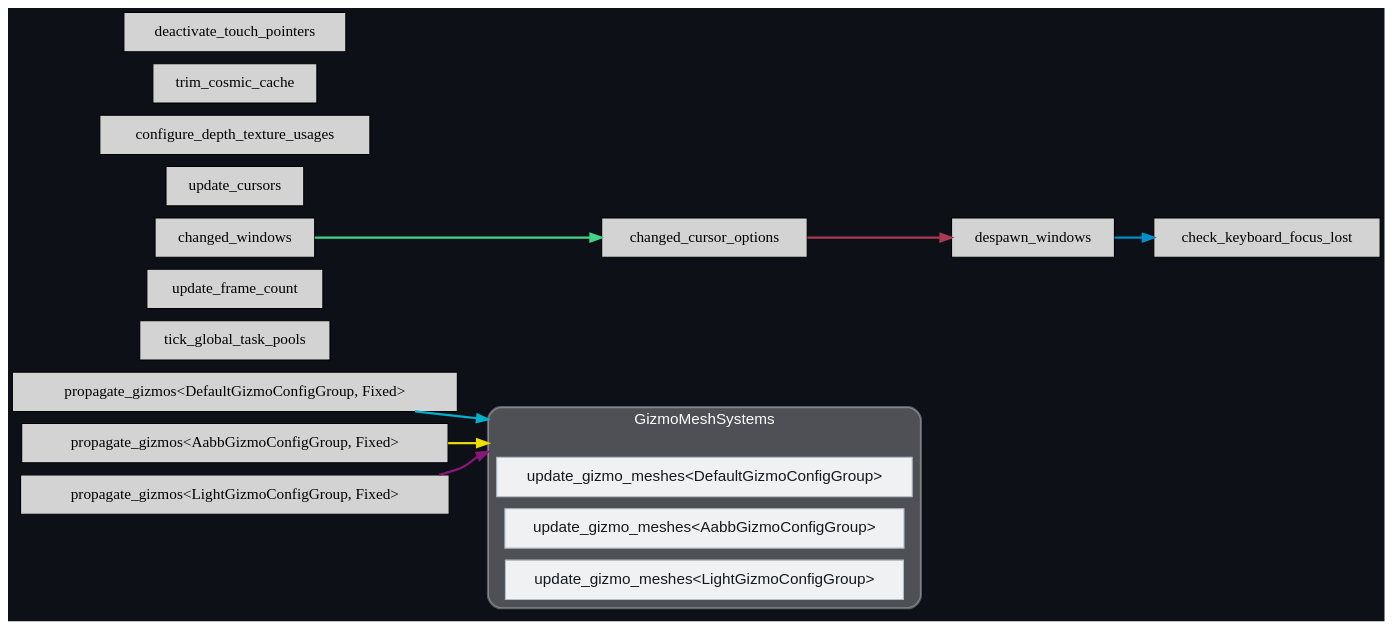
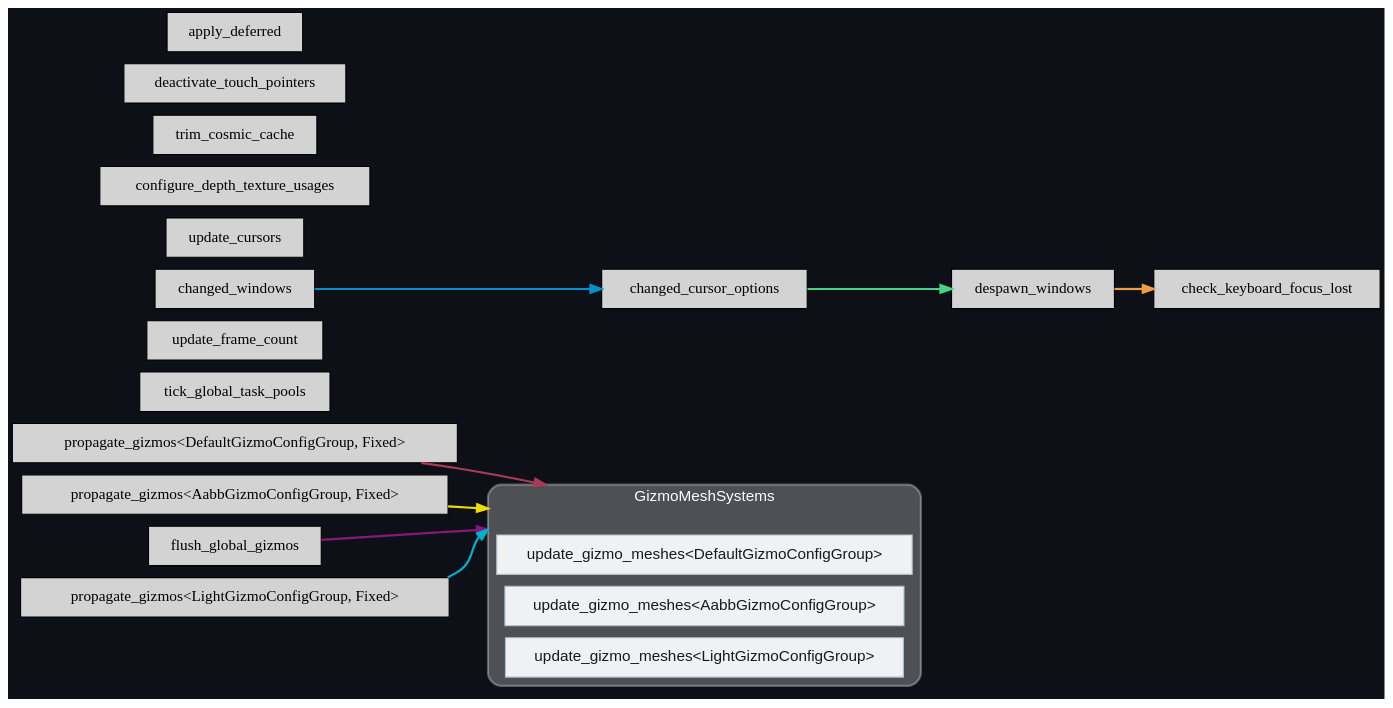
The diagram in docs/schedule/dark/schedule_Last.dot (jakobhellermann/bevy_mod_debugdump), drawn with Graphviz before and after one commit. The commit also changed 61 other files, not shown here.

```diff
--- a/docs/schedule/dark/schedule_Last.dot
+++ b/docs/schedule/dark/schedule_Last.dot
@@ -1,43 +1,46 @@
 digraph "" {
 	"compound"="true";
 	"splines"="spline";
 	"rankdir"="LR";
 	"bgcolor"="#0d1117";
 	"fontname"="Helvetica";
 	"nodesep"="0.15";
 	edge ["penwidth"="2"];
 	node ["shape"="box", "style"="filled"];
 	subgraph "clusternode_Set(SystemSetKey(12v1))" {
 		"style"="rounded,filled";
 		"label"="GizmoMeshSystems";
 		"tooltip"="GizmoMeshSystems";
 		"fillcolor"="#ffffff44";
 		"fontcolor"="#ffffff";
 		"color"="#ffffff50";
 		"penwidth"="2";
 		"set_marker_node_Set(SystemSetKey(12v1))" ["style"="invis", "label"="", "shape"="point"]
 		"node_System(SystemKey(11v1))" ["label"="update_gizmo_meshes<DefaultGizmoConfigGroup>", "tooltip"="bevy_gizmos::update_gizmo_meshes<bevy_gizmos::config::DefaultGizmoConfigGroup>", "fillcolor"="#eff1f3", "fontname"="Helvetica", "fontcolor"="#15191d", "color"="#b4bec7", "penwidth"="1"]
 		"node_System(SystemKey(13v1))" ["label"="update_gizmo_meshes<AabbGizmoConfigGroup>", "tooltip"="bevy_gizmos::update_gizmo_meshes<bevy_gizmos::aabb::AabbGizmoConfigGroup>", "fillcolor"="#eff1f3", "fontname"="Helvetica", "fontcolor"="#15191d", "color"="#b4bec7", "penwidth"="1"]
-		"node_System(SystemKey(15v1))" ["label"="update_gizmo_meshes<LightGizmoConfigGroup>", "tooltip"="bevy_gizmos::update_gizmo_meshes<bevy_gizmos::light::LightGizmoConfigGroup>", "fillcolor"="#eff1f3", "fontname"="Helvetica", "fontcolor"="#15191d", "color"="#b4bec7", "penwidth"="1"]
+		"node_System(SystemKey(16v1))" ["label"="update_gizmo_meshes<LightGizmoConfigGroup>", "tooltip"="bevy_gizmos::update_gizmo_meshes<bevy_gizmos::light::LightGizmoConfigGroup>", "fillcolor"="#eff1f3", "fontname"="Helvetica", "fontcolor"="#15191d", "color"="#b4bec7", "penwidth"="1"]
 	}
 	
 	"node_System(SystemKey(1v1))" ["label"="tick_global_task_pools", "tooltip"="bevy_app::task_pool_plugin::tick_global_task_pools"]
 	"node_System(SystemKey(2v1))" ["label"="update_frame_count", "tooltip"="bevy_diagnostic::frame_count_diagnostics_plugin::update_frame_count"]
 	"node_System(SystemKey(3v1))" ["label"="changed_windows", "tooltip"="bevy_winit::system::changed_windows"]
 	"node_System(SystemKey(4v1))" ["label"="changed_cursor_options", "tooltip"="bevy_winit::system::changed_cursor_options"]
 	"node_System(SystemKey(5v1))" ["label"="despawn_windows", "tooltip"="bevy_winit::system::despawn_windows"]
 	"node_System(SystemKey(6v1))" ["label"="check_keyboard_focus_lost", "tooltip"="bevy_winit::system::check_keyboard_focus_lost"]
 	"node_System(SystemKey(7v1))" ["label"="update_cursors", "tooltip"="bevy_winit::cursor::update_cursors"]
 	"node_System(SystemKey(8v1))" ["label"="configure_depth_texture_usages", "tooltip"="bevy_core_pipeline::oit::configure_depth_texture_usages"]
 	"node_System(SystemKey(9v1))" ["label"="trim_cosmic_cache", "tooltip"="bevy_text::pipeline::trim_cosmic_cache"]
 	"node_System(SystemKey(10v1))" ["label"="propagate_gizmos<DefaultGizmoConfigGroup, Fixed>", "tooltip"="bevy_gizmos::propagate_gizmos<bevy_gizmos::config::DefaultGizmoConfigGroup, bevy_time::fixed::Fixed>"]
 	"node_System(SystemKey(12v1))" ["label"="propagate_gizmos<AabbGizmoConfigGroup, Fixed>", "tooltip"="bevy_gizmos::propagate_gizmos<bevy_gizmos::aabb::AabbGizmoConfigGroup, bevy_time::fixed::Fixed>"]
-	"node_System(SystemKey(14v1))" ["label"="propagate_gizmos<LightGizmoConfigGroup, Fixed>", "tooltip"="bevy_gizmos::propagate_gizmos<bevy_gizmos::light::LightGizmoConfigGroup, bevy_time::fixed::Fixed>"]
-	"node_System(SystemKey(16v1))" ["label"="deactivate_touch_pointers", "tooltip"="bevy_picking::input::deactivate_touch_pointers"]
+	"node_System(SystemKey(14v1))" ["label"="flush_global_gizmos", "tooltip"="bevy_gizmos::global::flush_global_gizmos"]
+	"node_System(SystemKey(15v1))" ["label"="propagate_gizmos<LightGizmoConfigGroup, Fixed>", "tooltip"="bevy_gizmos::propagate_gizmos<bevy_gizmos::light::LightGizmoConfigGroup, bevy_time::fixed::Fixed>"]
+	"node_System(SystemKey(17v1))" ["label"="deactivate_touch_pointers", "tooltip"="bevy_picking::input::deactivate_touch_pointers"]
+	"node_System(SystemKey(18v1))" ["label"="apply_deferred", "tooltip"="bevy_ecs::apply_deferred"]
 	"node_System(SystemKey(12v1))" -> "set_marker_node_Set(SystemSetKey(12v1))" ["lhead"="clusternode_Set(SystemSetKey(12v1))", "ltail"="", "tooltip"="propagate_gizmos<AabbGizmoConfigGroup, Fixed> → GizmoMeshSystems", "color"="#eede00"]
-	"node_System(SystemKey(14v1))" -> "set_marker_node_Set(SystemSetKey(12v1))" ["lhead"="clusternode_Set(SystemSetKey(12v1))", "ltail"="", "tooltip"="propagate_gizmos<LightGizmoConfigGroup, Fixed> → GizmoMeshSystems", "color"="#881877"]
-	"node_System(SystemKey(10v1))" -> "set_marker_node_Set(SystemSetKey(12v1))" ["lhead"="clusternode_Set(SystemSetKey(12v1))", "ltail"="", "tooltip"="propagate_gizmos<DefaultGizmoConfigGroup, Fixed> → GizmoMeshSystems", "color"="#00b0cc"]
-	"node_System(SystemKey(4v1))" -> "node_System(SystemKey(5v1))" ["lhead"="", "ltail"="", "tooltip"="changed_cursor_options → despawn_windows", "color"="#aa3a55"]
-	"node_System(SystemKey(3v1))" -> "node_System(SystemKey(4v1))" ["lhead"="", "ltail"="", "tooltip"="changed_windows → changed_cursor_options", "color"="#44d488"]
-	"node_System(SystemKey(5v1))" -> "node_System(SystemKey(6v1))" ["lhead"="", "ltail"="", "tooltip"="despawn_windows → check_keyboard_focus_lost", "color"="#0090cc"]
+	"node_System(SystemKey(14v1))" -> "set_marker_node_Set(SystemSetKey(12v1))" ["lhead"="clusternode_Set(SystemSetKey(12v1))", "ltail"="", "tooltip"="flush_global_gizmos → GizmoMeshSystems", "color"="#881877"]
+	"node_System(SystemKey(15v1))" -> "set_marker_node_Set(SystemSetKey(12v1))" ["lhead"="clusternode_Set(SystemSetKey(12v1))", "ltail"="", "tooltip"="propagate_gizmos<LightGizmoConfigGroup, Fixed> → GizmoMeshSystems", "color"="#00b0cc"]
+	"node_System(SystemKey(10v1))" -> "set_marker_node_Set(SystemSetKey(12v1))" ["lhead"="clusternode_Set(SystemSetKey(12v1))", "ltail"="", "tooltip"="propagate_gizmos<DefaultGizmoConfigGroup, Fixed> → GizmoMeshSystems", "color"="#aa3a55"]
+	"node_System(SystemKey(4v1))" -> "node_System(SystemKey(5v1))" ["lhead"="", "ltail"="", "tooltip"="changed_cursor_options → despawn_windows", "color"="#44d488"]
+	"node_System(SystemKey(3v1))" -> "node_System(SystemKey(4v1))" ["lhead"="", "ltail"="", "tooltip"="changed_windows → changed_cursor_options", "color"="#0090cc"]
+	"node_System(SystemKey(5v1))" -> "node_System(SystemKey(6v1))" ["lhead"="", "ltail"="", "tooltip"="despawn_windows → check_keyboard_focus_lost", "color"="#ee9e44"]
 }
```
